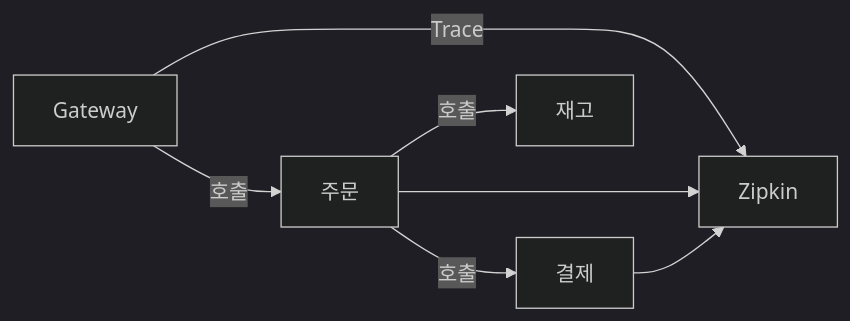
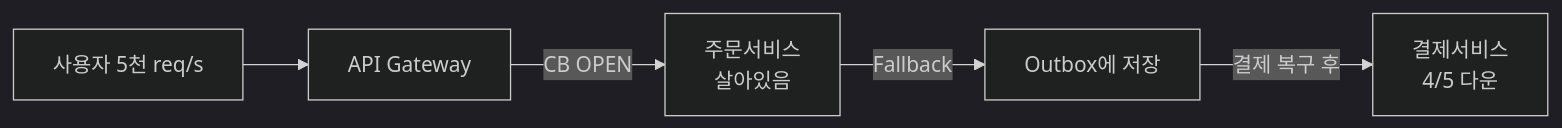
Diagram 14 of 15 in _posts/architecture/2026-05-02-msa-deep.md (yjkim2015/yjkim2015.github.io), drawn with Mermaid (dark theme) before and after one commit. The commit also changed other lines of this file and 4 other files, not shown here.

````diff
--- a/_posts/architecture/2026-05-02-msa-deep.md
+++ b/_posts/architecture/2026-05-02-msa-deep.md
@@ -376,9 +1526,7 @@
 ```mermaid
 graph LR
-    GW["Gateway"] -->|"호출"| OR["주문"]
-    OR -->|"호출"| PY["결제"]
-    OR -->|"호출"| ST["재고"]
-    GW -->|"Trace"| ZK["Zipkin"]
-    OR --> ZK
-    PY --> ZK
+    Client["사용자 5천 req/s"] --> GW["API Gateway"]
+    GW -->|CB OPEN| Order["주문서비스\n살아있음"]
+    Order -->|Fallback| Outbox["Outbox에 저장"]
+    Outbox -->|결제 복구 후| Pay["결제서비스\n4/5 다운"]
 ```
````
